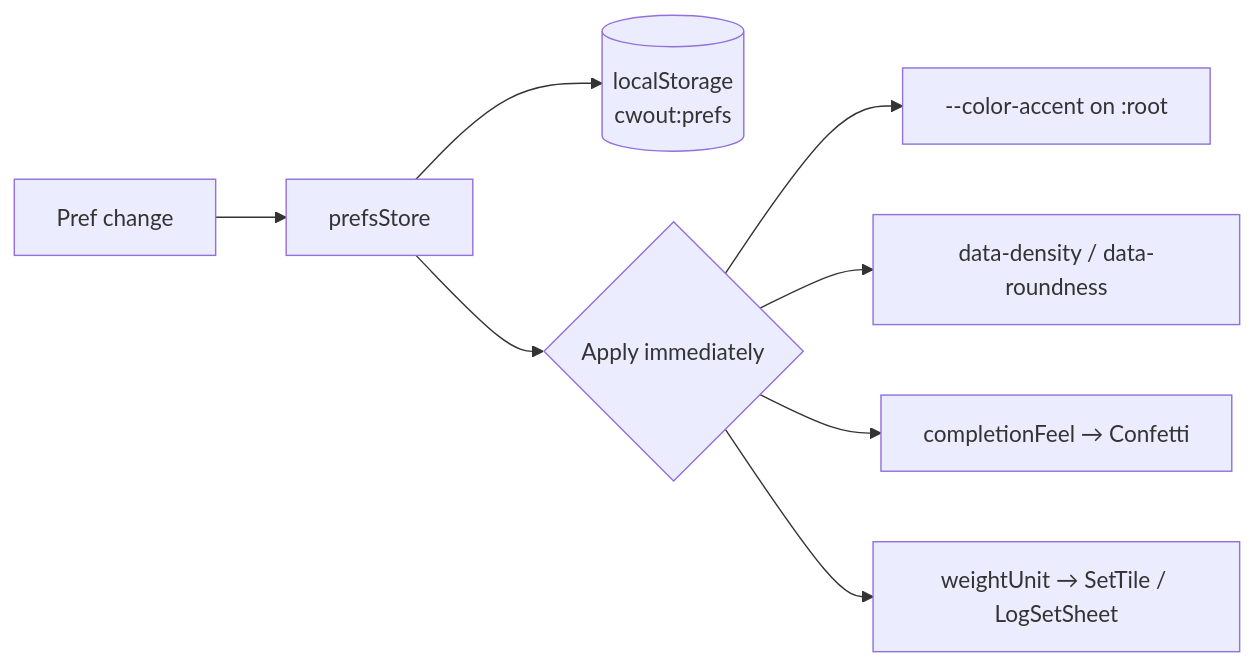
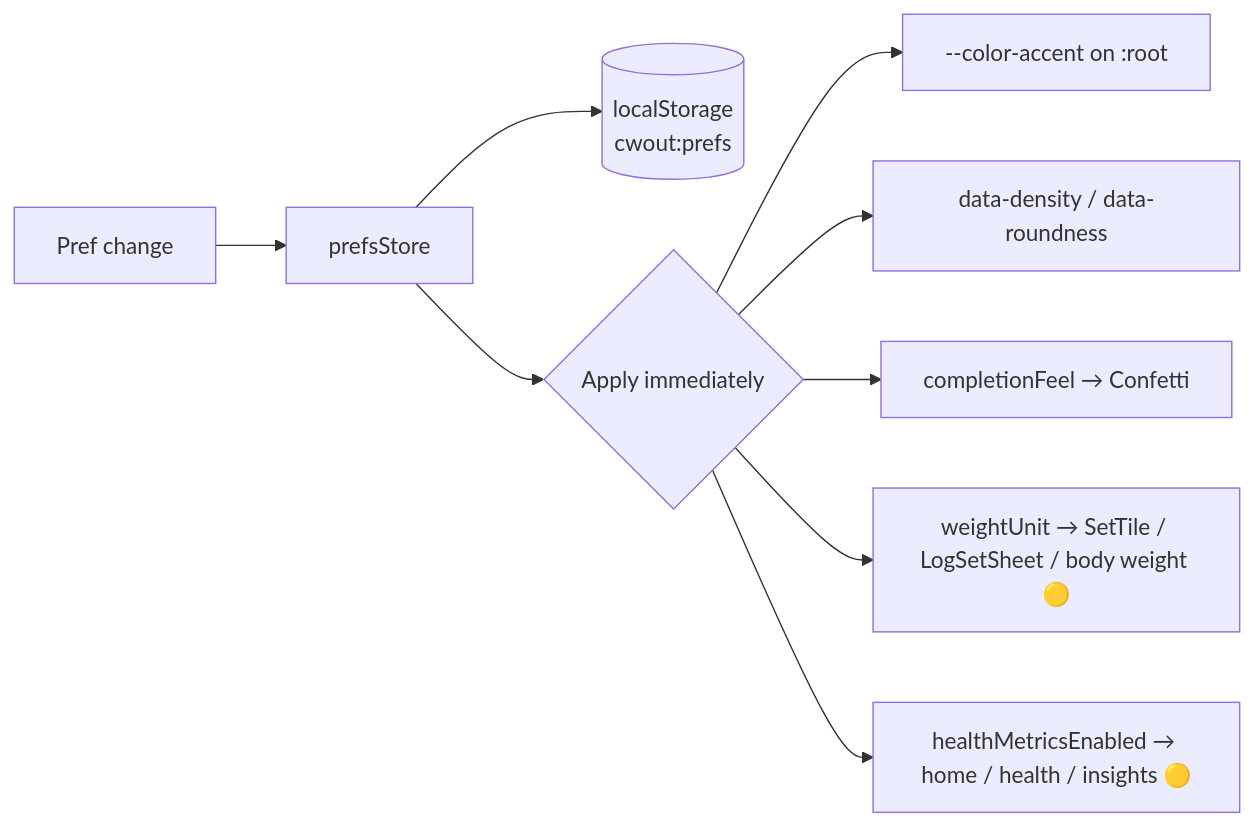
Before and after one commit to jermbo/CosmicWorkOut: the second of 2 diagrams in docs/requirements/settings-preferences.md, drawn with Mermaid. The commit also changed other lines of this file and 31 other files, not shown here.

First line of the commit message:
Enhance glossary and data model documentation for health metrics

````diff
--- a/docs/requirements/settings-preferences.md
+++ b/docs/requirements/settings-preferences.md
@@ -29,10 +55,11 @@
 ```mermaid
 flowchart LR
     Change[Pref change] --> Store[prefsStore]
     Store --> LS[("localStorage<br/>cwout:prefs")]
     Store --> Apply{Apply immediately}
     Apply --> CSS["--color-accent on :root"]
     Apply --> Data["data-density / data-roundness"]
     Apply --> Feel[completionFeel → Confetti]
-    Apply --> Unit[weightUnit → SetTile / LogSetSheet]
+    Apply --> Unit[weightUnit → SetTile / LogSetSheet / body weight 🟡]
+    Apply --> Health[healthMetricsEnabled → home / health / insights 🟡]
 ```
````
